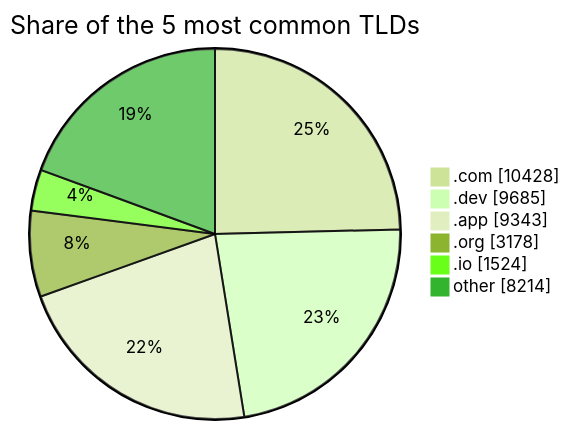
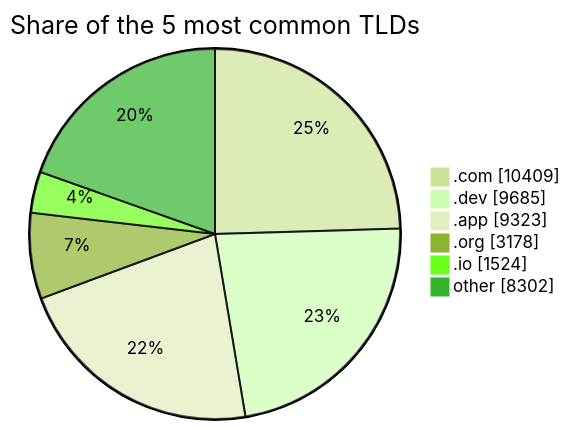
The third of 3 diagrams in README.md (DNSBunker/CTI), drawn with Mermaid (forest theme) before and after one commit. The commit also changed other lines of this file and 3 other files, not shown here.

````diff
--- a/README.md
+++ b/README.md
@@ -81,9 +81,9 @@
 ```mermaid
 pie showData title Share of the 5 most common TLDs
-    ".com" : 10428
+    ".com" : 10409
     ".dev" : 9685
-    ".app" : 9343
+    ".app" : 9323
     ".org" : 3178
     ".io" : 1524
-    "other" : 8214
+    "other" : 8302
 ```
````
